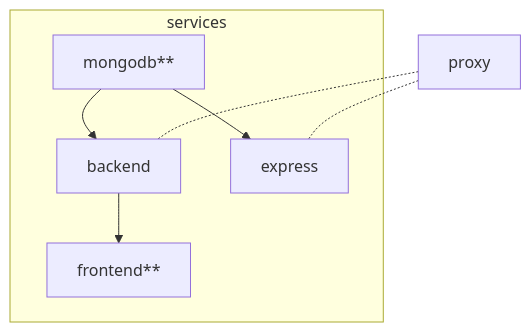
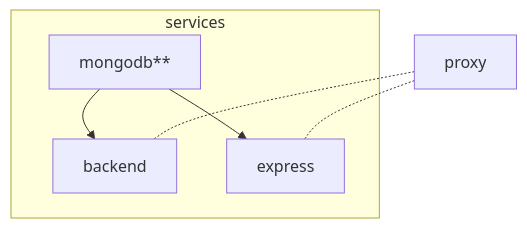
The diagram in README.md (PatrickFuhrmann-HTWBerlin/scicatlive-mini), drawn with Mermaid before and after one commit.

````diff
--- a/README.md
+++ b/README.md
@@ -30,13 +30,10 @@
 ```mermaid
 graph TD
    subgraph services
-      
       mongodb[mongodb**] --> backend
       mongodb[mongodb**] --> express
-      backend --> frontend[frontend**]
-
    end
 
    proxy -.- backend
    proxy -.- express
 ```
````
